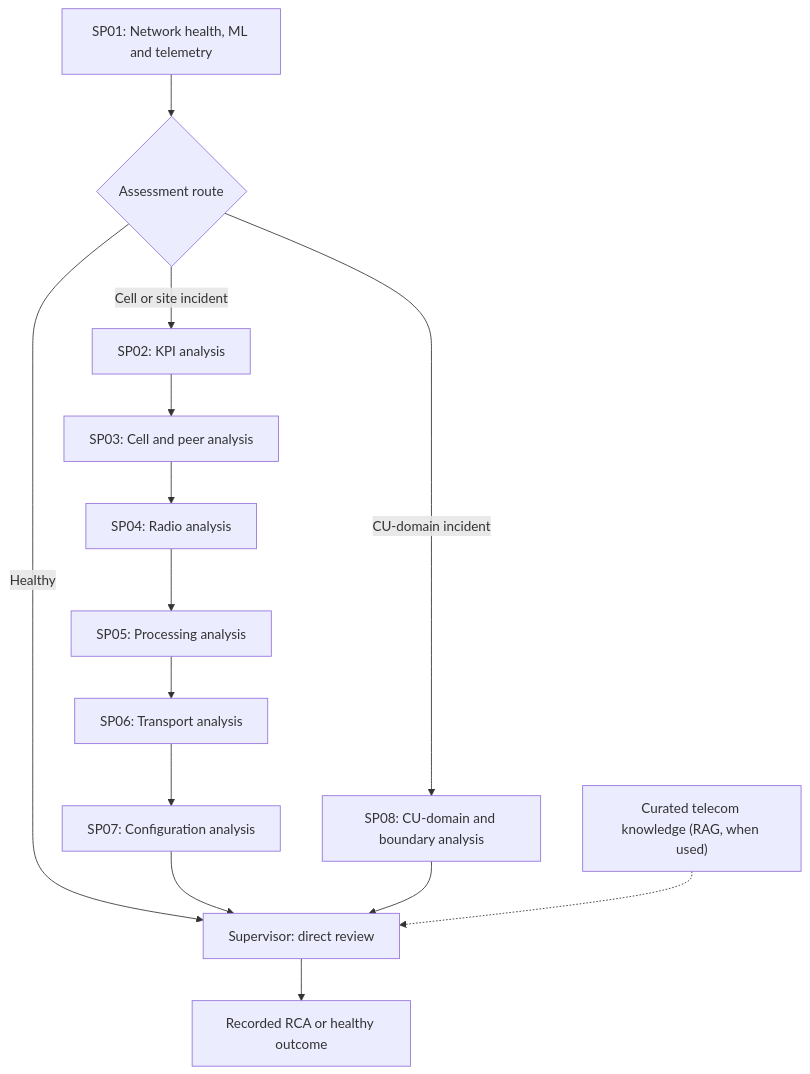
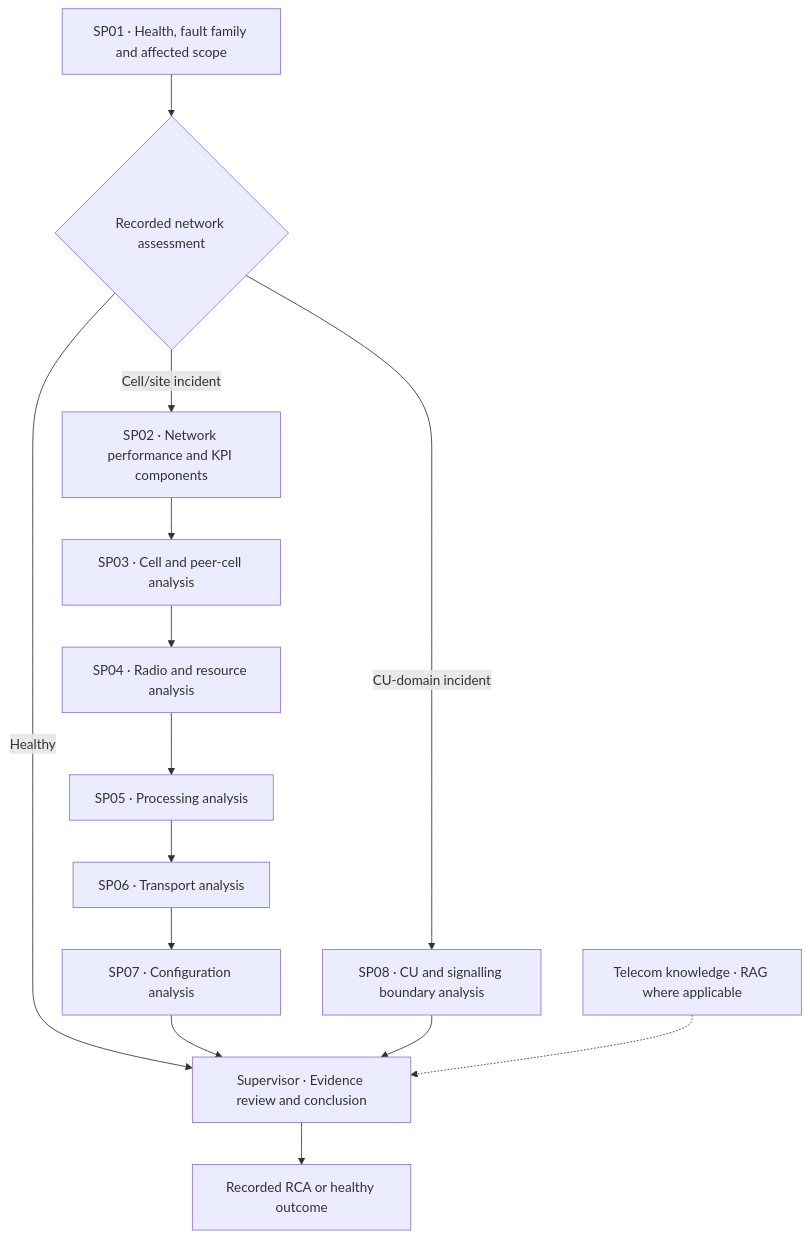
One commit to clifford-imaguezegie/telecom-ai-engineering-demo changed the diagram in README.md. Above: the diagram before and after it, drawn with Mermaid. The commit also changed other lines of this file and 22 other files, not shown here.

````diff
--- a/README.md
+++ b/README.md
@@ -54,16 +26,16 @@
 ```mermaid
 flowchart TD
-    A["SP01: Network health, ML and telemetry"] --> B{"Assessment route"}
-    B -->|Healthy| S["Supervisor: direct review"]
-    B -->|Cell or site incident| C2["SP02: KPI analysis"]
-    C2 --> C3["SP03: Cell and peer analysis"]
-    C3 --> C4["SP04: Radio analysis"]
-    C4 --> C5["SP05: Processing analysis"]
-    C5 --> C6["SP06: Transport analysis"]
-    C6 --> C7["SP07: Configuration analysis"]
-    C7 --> S
-    B -->|CU-domain incident| C8["SP08: CU-domain and boundary analysis"]
-    C8 --> S
-    K["Curated telecom knowledge (RAG, when used)"] -.-> S
-    S --> F["Recorded RCA or healthy outcome"]
+  SP01["SP01 · Health, fault family and affected scope"] --> Route{"Recorded network assessment"}
+  Route -->|Healthy| Supervisor["Supervisor · Evidence review and conclusion"]
+  Route -->|Cell/site incident| SP02["SP02 · Network performance and KPI components"]
+  SP02 --> SP03["SP03 · Cell and peer-cell analysis"]
+  SP03 --> SP04["SP04 · Radio and resource analysis"]
+  SP04 --> SP05["SP05 · Processing analysis"]
+  SP05 --> SP06["SP06 · Transport analysis"]
+  SP06 --> SP07["SP07 · Configuration analysis"]
+  SP07 --> Supervisor
+  Route -->|CU-domain incident| SP08["SP08 · CU and signalling boundary analysis"]
+  SP08 --> Supervisor
+  KB["Telecom knowledge · RAG where applicable"] -.-> Supervisor
+  Supervisor --> Outcome["Recorded RCA or healthy outcome"]
 ```
````
